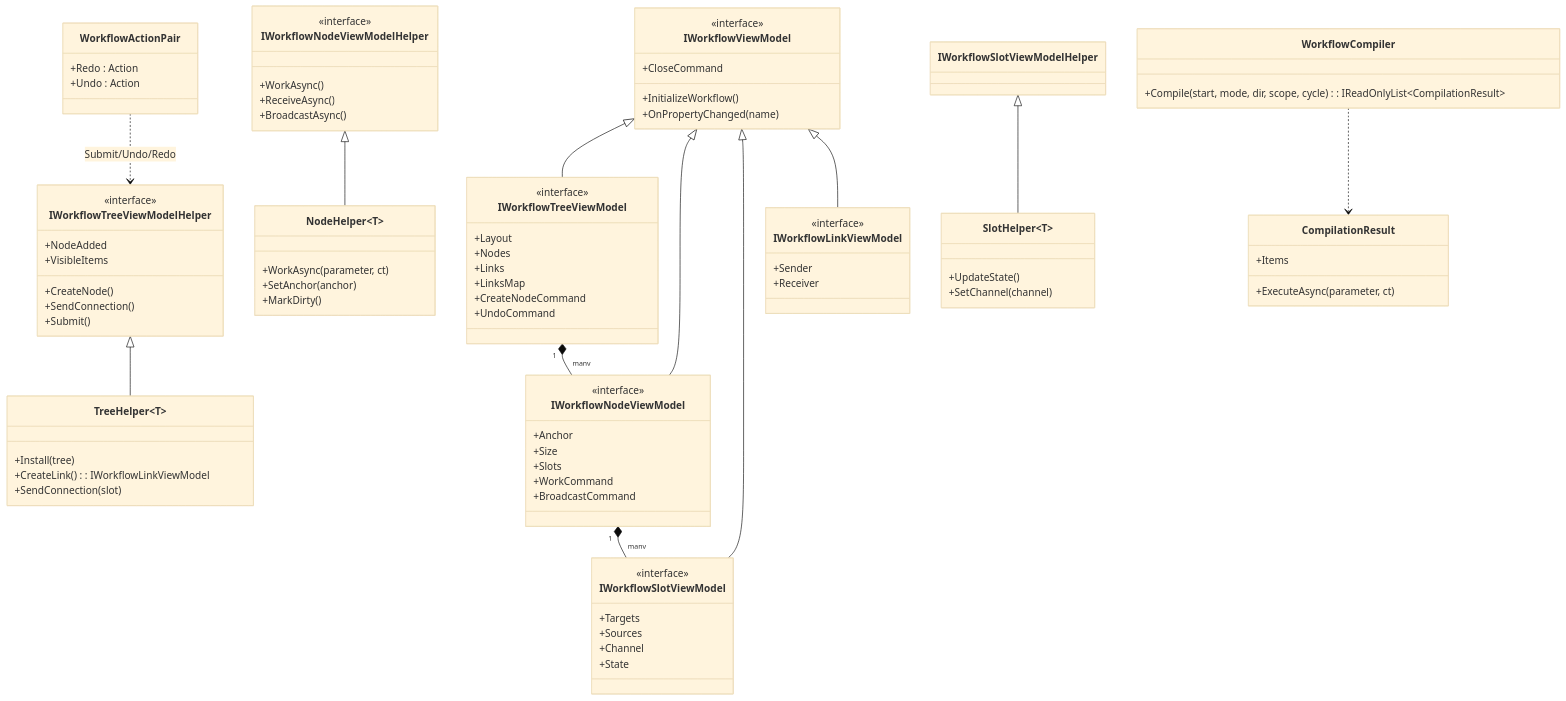
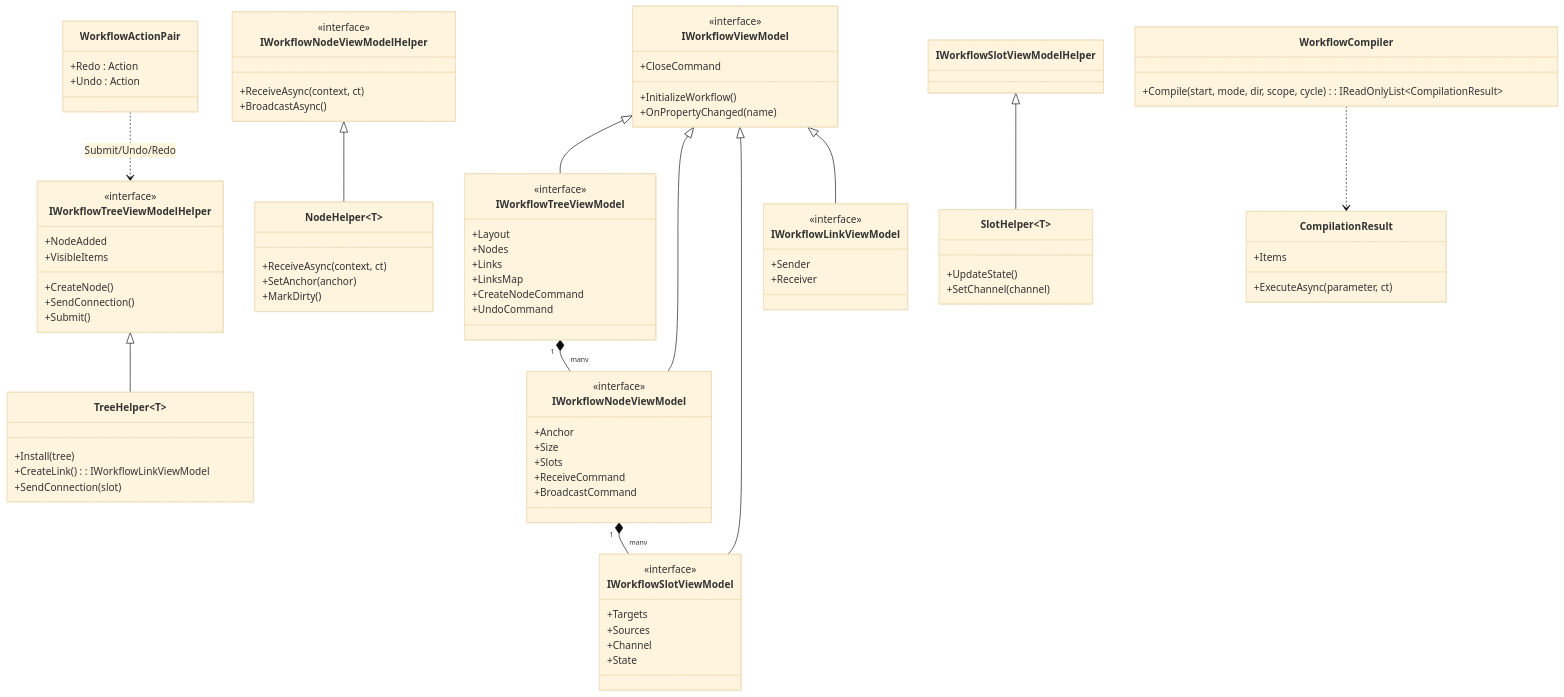
Before and after one commit to Axvser/VeloxDev.Docs: the diagram in src/CloudGlyph/Assets/Docs/content/en/3_SE_Analysis/2_design_patterns/0_WorkflowSystem/index.md, drawn with Mermaid (base theme). The commit also changed other lines of this file and 9 other files, not shown here.

Commit message:
Docs: 同步 WorkflowSystem V7 API 重命名(ReceiveCommand/ReceiveAsync/ITaskContext,移除 WorkCommand/WorkAsync/WorkContext)

```diff
--- a/src/CloudGlyph/Assets/Docs/content/en/3_SE_Analysis/2_design_patterns/0_WorkflowSystem/index.md
+++ b/src/CloudGlyph/Assets/Docs/content/en/3_SE_Analysis/2_design_patterns/0_WorkflowSystem/index.md
@@ -24,7 +24,7 @@
         +Anchor
         +Size
         +Slots
-        +WorkCommand
+        +ReceiveCommand
         +BroadcastCommand
     }
     class IWorkflowSlotViewModel {
@@ -49,8 +49,7 @@
     }
     class IWorkflowNodeViewModelHelper {
         <<interface>>
-        +WorkAsync()
-        +ReceiveAsync()
+        +ReceiveAsync(context, ct)
         +BroadcastAsync()
     }
     class TreeHelper~T~ {
@@ -59,7 +58,7 @@
         +SendConnection(slot)
     }
     class NodeHelper~T~ {
-        +WorkAsync(parameter, ct)
+        +ReceiveAsync(context, ct)
         +SetAnchor(anchor)
         +MarkDirty()
     }
```
